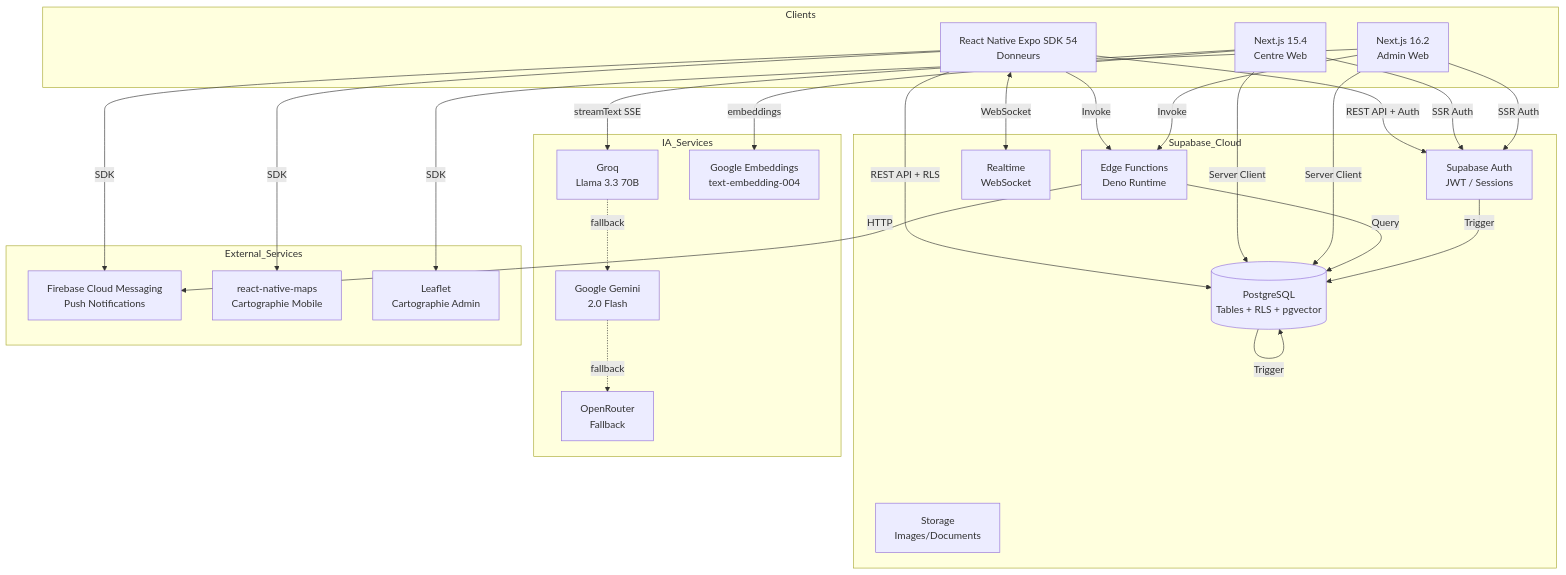
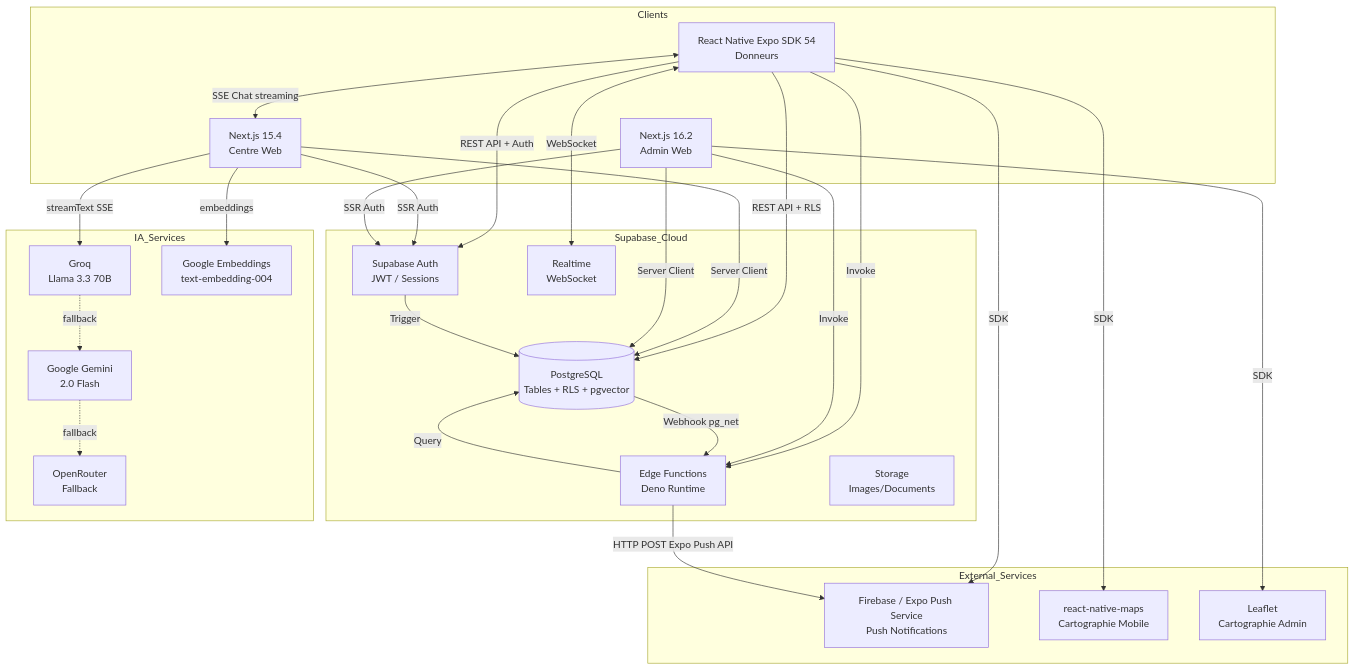
Before and after one commit to senmos26/bloodlink: the second of 3 diagrams in docs/ARCHITECTURE_TECHNIQUE.md, drawn with Mermaid. The commit also changed other lines of this file and 1 other file, not shown here.

Commit message:
docs: update Cahier des charges V2 and Architecture docs with full app analysis and pg_net webhook flow

````diff
--- a/docs/ARCHITECTURE_TECHNIQUE.md
+++ b/docs/ARCHITECTURE_TECHNIQUE.md
@@ -739,54 +740,55 @@
 ```mermaid
 flowchart TB
     subgraph Clients
         MOB[React Native Expo SDK 54<br/>Donneurs]
         CW[Next.js 15.4<br/>Centre Web]
         AW[Next.js 16.2<br/>Admin Web]
     end
 
     subgraph Supabase_Cloud
         AUTH[Supabase Auth<br/>JWT / Sessions]
         DB[(PostgreSQL<br/>Tables + RLS + pgvector)]
         RT[Realtime<br/>WebSocket]
         EF[Edge Functions<br/>Deno Runtime]
         ST[Storage<br/>Images/Documents]
     end
 
     subgraph IA_Services
         GROQ[Groq<br/>Llama 3.3 70B]
         GEMINI[Google Gemini<br/>2.0 Flash]
         OROUTER[OpenRouter<br/>Fallback]
         EMBED[Google Embeddings<br/>text-embedding-004]
     end
 
     subgraph External_Services
-        FCM[Firebase Cloud Messaging<br/>Push Notifications]
+        FCM[Firebase / Expo Push Service<br/>Push Notifications]
         MAPRN[react-native-maps<br/>Cartographie Mobile]
         MAPL[Leaflet<br/>Cartographie Admin]
     end
 
     MOB -->|REST API + Auth| AUTH
     MOB -->|REST API + RLS| DB
     MOB <-->|WebSocket| RT
     MOB -->|Invoke| EF
     MOB -->|SDK| FCM
     MOB -->|SDK| MAPRN
+    MOB <-->|SSE Chat streaming| CW
 
     CW -->|SSR Auth| AUTH
     CW -->|Server Client| DB
     CW -->|streamText SSE| GROQ
     GROQ -.->|fallback| GEMINI
     GEMINI -.->|fallback| OROUTER
     CW -->|embeddings| EMBED
 
     AW -->|SSR Auth| AUTH
     AW -->|Server Client| DB
     AW -->|Invoke| EF
     AW -->|SDK| MAPL
 
     EF -->|Query| DB
-    EF -->|HTTP| FCM
+    EF -->|HTTP POST Expo Push API| FCM
 
     AUTH -->|Trigger| DB
-    DB -->|Trigger| DB
+    DB -->|Webhook pg_net| EF
 ```
````
